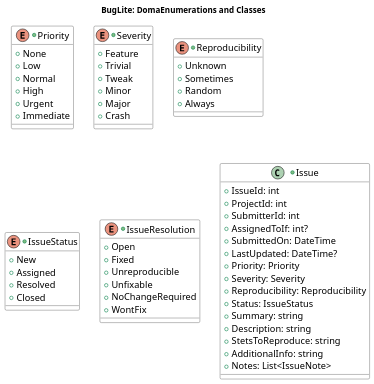
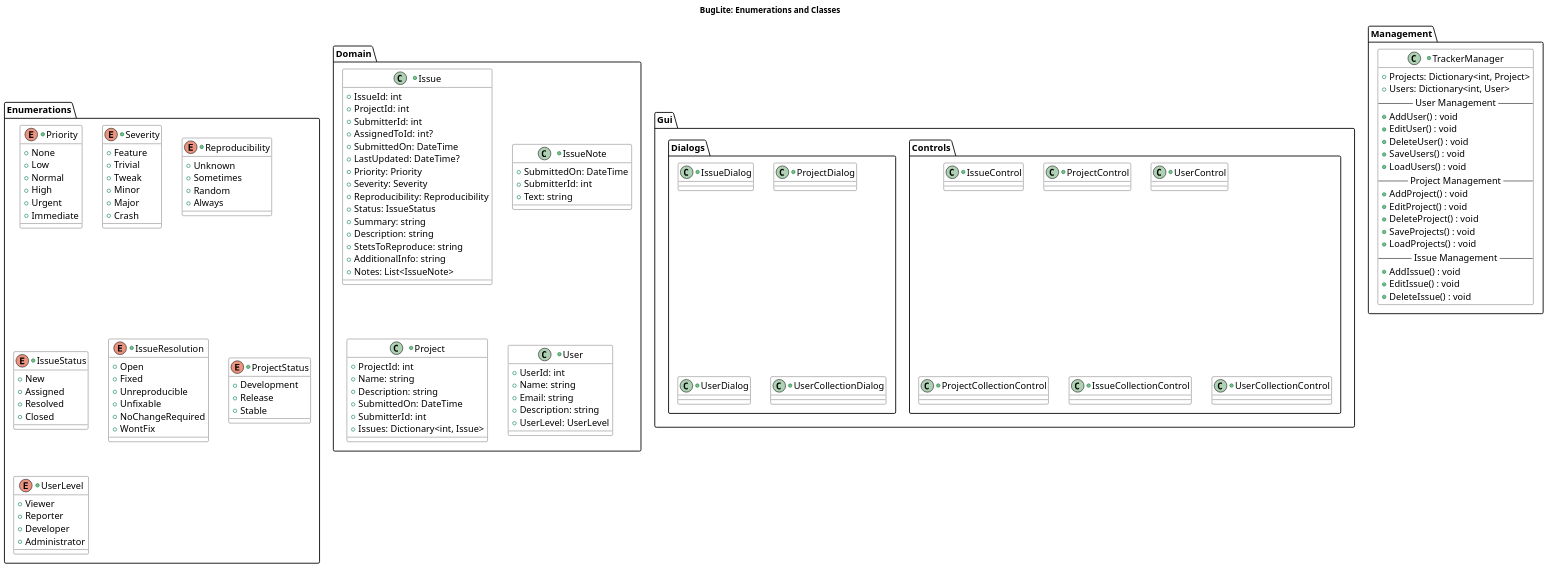
The diagram in Design/UML/buglite-classes.puml (pikkatech-eu/BugLite), drawn with PlantUML before and after one commit.

Commit message:
Design\UML\buglite-classes.puml

```diff
--- a/Design/UML/buglite-classes.puml
+++ b/Design/UML/buglite-classes.puml
@@ -4,76 +4,208 @@
 skinparam defaultFontSize 16
 skinparam DefaultTextAlignment left
 skinparam PackageTitleAlignment left
-hide footbox
+' hide footbox
 skinparam dpi 120
 skinparam LifelineStrategy solid
 skinparam linetype ortho
 skinparam ClassBackgroundColor white
+'skinparam left to right direction
 
-title BugLite: DomaEnumerations and Classes
+title BugLite: Enumerations and Classes
 
-+enum Priority
+package Enumerations
 {
-    +None
-    +Low
-    +Normal
-    +High
-    +Urgent
-    +Immediate
+    +enum Priority
+    {
+        +None
+        +Low
+        +Normal
+        +High
+        +Urgent
+        +Immediate
+    }
+
+    +enum Severity
+    {
+        +Feature
+        +Trivial
+        +Tweak
+        +Minor
+        +Major
+        +Crash
+    }
+
+    +enum Reproducibility
+    {
+        +Unknown
+        +Sometimes
+        +Random
+        +Always
+    }
+
+    +enum IssueStatus
+    {
+        +New
+        +Assigned
+        +Resolved
+        +Closed
+    }
+
+    +enum IssueResolution
+    {
+        +Open
+        +Fixed
+        +Unreproducible
+        +Unfixable
+        +NoChangeRequired
+        +WontFix
+    }
+    +enum ProjectStatus
+    {
+        +Development
+        +Release
+        +Stable
+    }
+
+    +enum UserLevel
+    {
+        +Viewer
+        +Reporter
+        +Developer
+        +Administrator
+    }
 }
 
-+enum Severity
+package Domain
 {
-    +Feature
-    +Trivial
-    +Tweak
-    +Minor
-    +Major
-    +Crash
+    +class Issue
+    {
+        +IssueId: int
+        +ProjectId: int
+        +SubmitterId: int
+        +AssignedToId: int?
+        +SubmittedOn: DateTime
+        +LastUpdated: DateTime?
+        +Priority: Priority
+        +Severity: Severity
+        +Reproducibility: Reproducibility
+        +Status: IssueStatus
+        +Summary: string
+        +Description: string
+        +StetsToReproduce: string
+        +AdditionalInfo: string
+        +Notes: List<IssueNote>
+    }
+
+    +class IssueNote
+    {
+        +SubmittedOn: DateTime
+        +SubmitterId: int
+        +Text: string
+    }
+
+    +class Project
+    {
+        +ProjectId: int
+        +Name: string
+        +Description: string
+        +SubmittedOn: DateTime
+        +SubmitterId: int
+        +Issues: Dictionary<int, Issue>
+    }
+
+    +class User
+    {
+        +UserId: int
+        +Name: string
+        +Email: string
+        +Description: string
+        +UserLevel: UserLevel
+    }
 }
 
-+enum Reproducibility
+package Management
 {
-    +Unknown
-    +Sometimes
-    +Random
-    +Always
+    +class TrackerManager
+    {
+        +Projects: Dictionary<int, Project>
+        +Users: Dictionary<int, User>
+        ---- User Management ----
+        +AddUser() : void
+        +EditUser() : void
+        +DeleteUser() : void
+        +SaveUsers() : void
+        +LoadUsers() : void
+        ---- Project Management ----
+        +AddProject() : void
+        +EditProject() : void
+        +DeleteProject() : void
+        +SaveProjects() : void
+        +LoadProjects() : void
+        ---- Issue Management ----
+        +AddIssue() : void
+        +EditIssue() : void
+        +DeleteIssue() : void
+    }
 }
 
-+enum IssueStatus
+package Gui
 {
-    +New
-    +Assigned
-    +Resolved
-    +Closed
+    package Controls
+    {
+        +class IssueControl
+        {
+
+        }
+
+        +class ProjectControl
+        {
+            
+        }
+
+        +class UserControl
+        {
+            
+        }
+
+        +class ProjectCollectionControl
+        {
+
+        }
+
+        +class IssueCollectionControl
+        {
+
+        }
+
+        +class UserCollectionControl
+        {
+
+        }
+    }
+
+    package Dialogs
+    {
+        +class IssueDialog
+        {
+
+        }
+
+        +class ProjectDialog
+        {
+            
+        }
+
+        +class UserDialog
+        {
+            
+        }
+
+        +class UserCollectionDialog
+        {
+
+        }
+    }     
 }
 
-+enum IssueResolution
-{
-    +Open
-    +Fixed
-    +Unreproducible
-    +Unfixable
-    +NoChangeRequired
-    +WontFix
-}
-
-+class Issue
-{
-    +IssueId: int
-    +ProjectId: int
-    +SubmitterId: int
-    +AssignedToIf: int?
-    +SubmittedOn: DateTime
-    +LastUpdated: DateTime?
-    +Priority: Priority
-    +Severity: Severity
-    +Reproducibility: Reproducibility
-    +Status: IssueStatus
-    +Summary: string
-    +Description: string
-    +StetsToReproduce: string
-    +AdditionalInfo: string
-    +Notes: List<IssueNote>
-}
 @enduml
```
